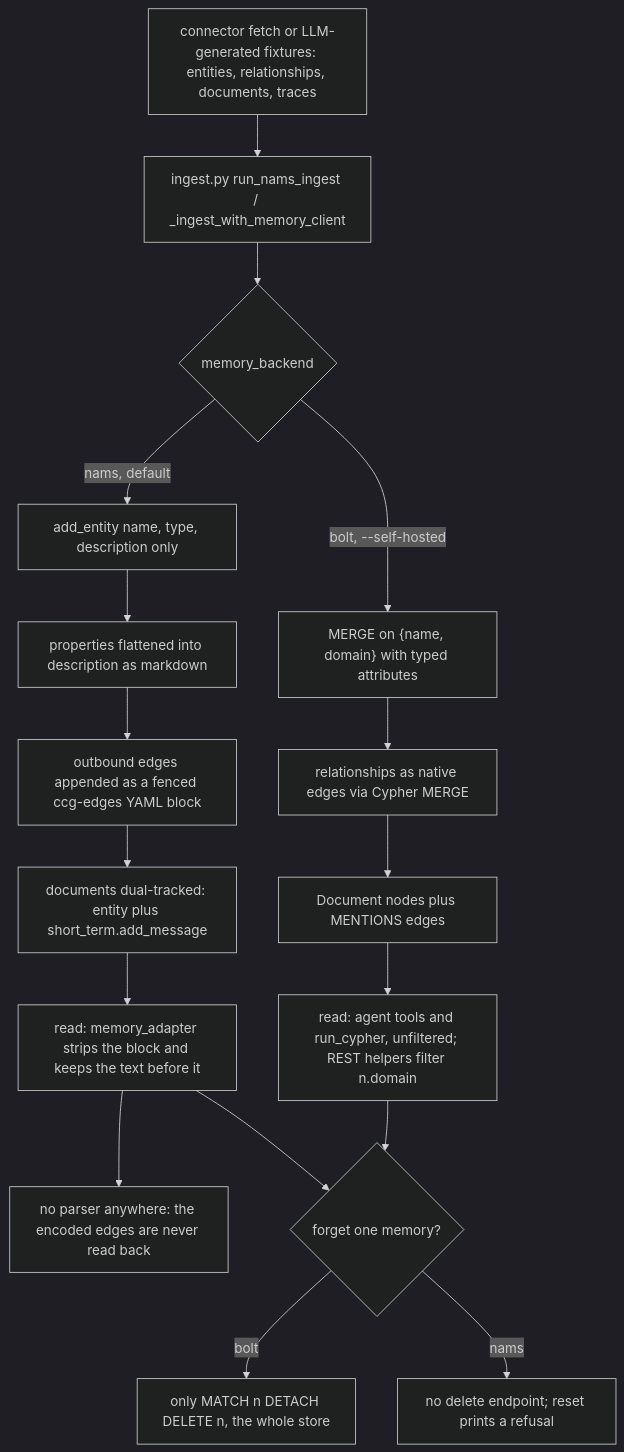
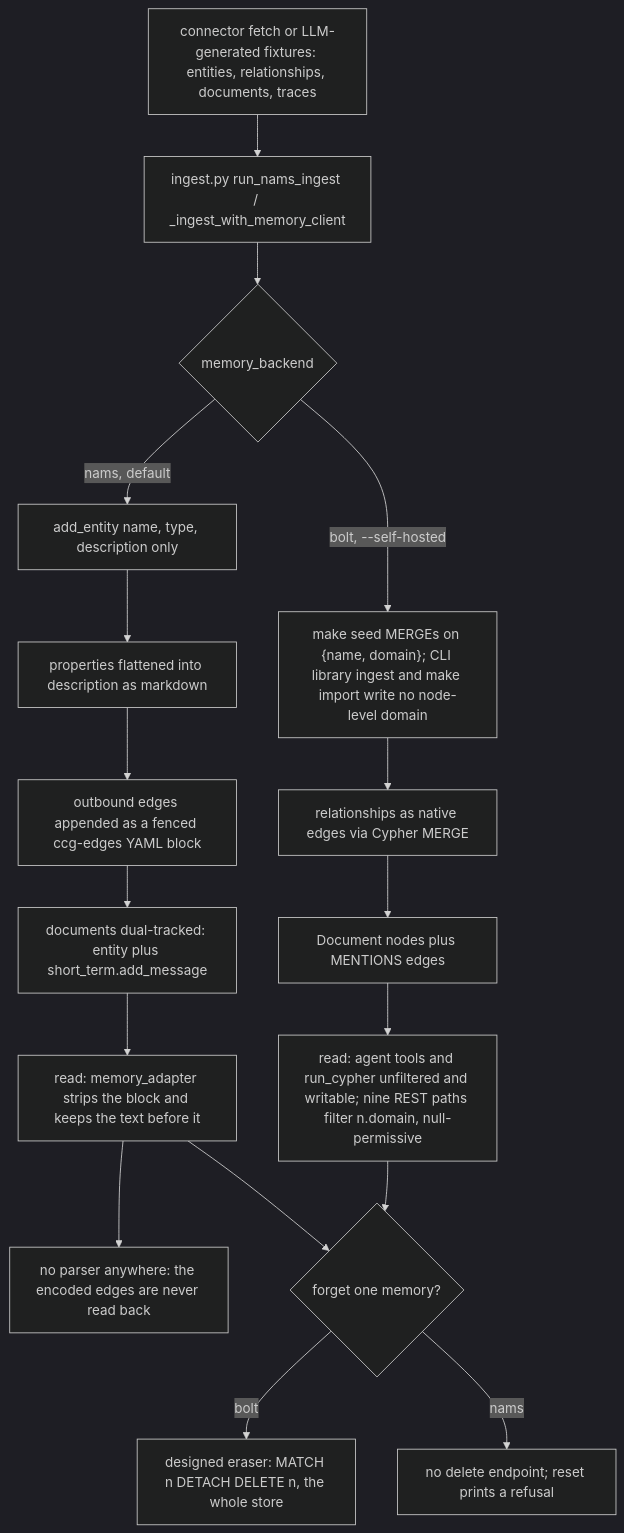
The diagram in content/systems/create-context-graph.md (neoneye/agent-memory-atlas), drawn with Mermaid (dark theme) before and after one commit. The commit also changed other lines of this file and 14 other files, not shown here.

First line of the commit message:
Audit Create Context Graph at an unchanged pin: a writable agent tool the report missed

````diff
--- a/content/systems/create-context-graph.md
+++ b/content/systems/create-context-graph.md
@@ -62,23 +70,23 @@
 ```mermaid
 %% caption: one ontology drives two backends that diverge at the write, and on the hosted default every relationship lands inside a text field that no reader in the tree parses back out
 flowchart TD
   SRC["connector fetch or LLM-generated fixtures: entities, relationships, documents, traces"] --> ING["ingest.py run_nams_ingest / _ingest_with_memory_client"]
   ING --> BK{"memory_backend"}
 
-  BK -->|"bolt, --self-hosted"| B1["MERGE on {name, domain} with typed attributes"]
+  BK -->|"bolt, --self-hosted"| B1["make seed MERGEs on {name, domain}; CLI library ingest and make import write no node-level domain"]
   B1 --> B2["relationships as native edges via Cypher MERGE"]
   B2 --> B3["Document nodes plus MENTIONS edges"]
-  B3 --> BR["read: agent tools and run_cypher, unfiltered; REST helpers filter n.domain"]
+  B3 --> BR["read: agent tools and run_cypher unfiltered and writable; nine REST paths filter n.domain, null-permissive"]
 
   BK -->|"nams, default"| N1["add_entity name, type, description only"]
   N1 --> N2["properties flattened into description as markdown"]
   N2 --> N3["outbound edges appended as a fenced ccg-edges YAML block"]
   N3 --> N4["documents dual-tracked: entity plus short_term.add_message"]
   N4 --> NR["read: memory_adapter strips the block and keeps the text before it"]
   NR --> DEAD["no parser anywhere: the encoded edges are never read back"]
 
   BR --> DEL{"forget one memory?"}
   NR --> DEL
-  DEL -->|"bolt"| W["only MATCH n DETACH DELETE n, the whole store"]
+  DEL -->|"bolt"| W["designed eraser: MATCH n DETACH DELETE n, the whole store"]
   DEL -->|"nams"| X["no delete endpoint; reset prints a refusal"]
 ```
````
